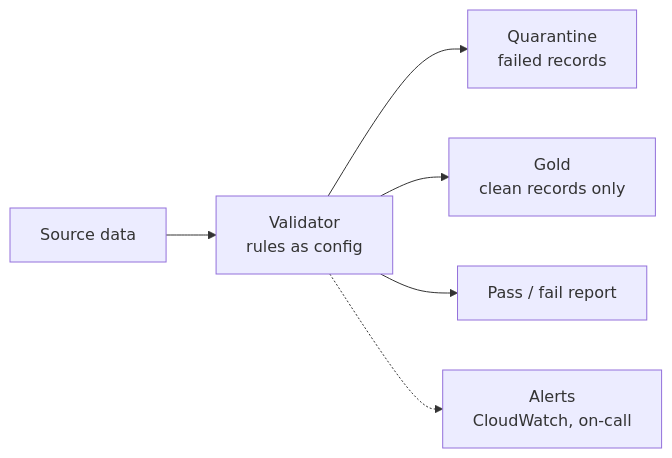
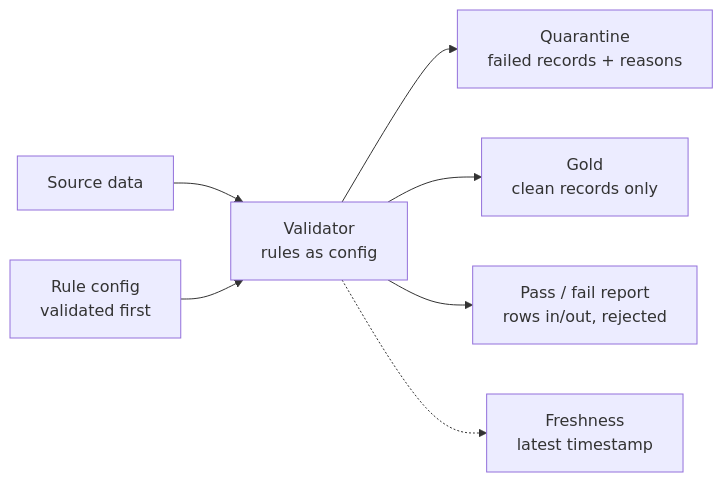
Before and after one commit to harishsingi/data-quality-validation-framework: the diagram in README.md, drawn with Mermaid. The commit also changed other lines of this file and 28 other files, not shown here.

Commit message:
Production-grade upgrade: typed modules, logging, config, validation, quarantine, tests

````diff
--- a/README.md
+++ b/README.md
@@ -25,8 +31,9 @@
 ```mermaid
 flowchart LR
     S[Source data] --> V[Validator<br/>rules as config]
-    V --> Q[Quarantine<br/>failed records]
+    C[Rule config<br/>validated first] --> V
+    V --> Q[Quarantine<br/>failed records + reasons]
     V --> G[Gold<br/>clean records only]
-    V --> R[Pass / fail report]
-    V -.-> A[Alerts<br/>CloudWatch, on-call]
+    V --> R[Pass / fail report<br/>rows in/out, rejected]
+    V -.-> F[Freshness<br/>latest timestamp]
 ```
````
